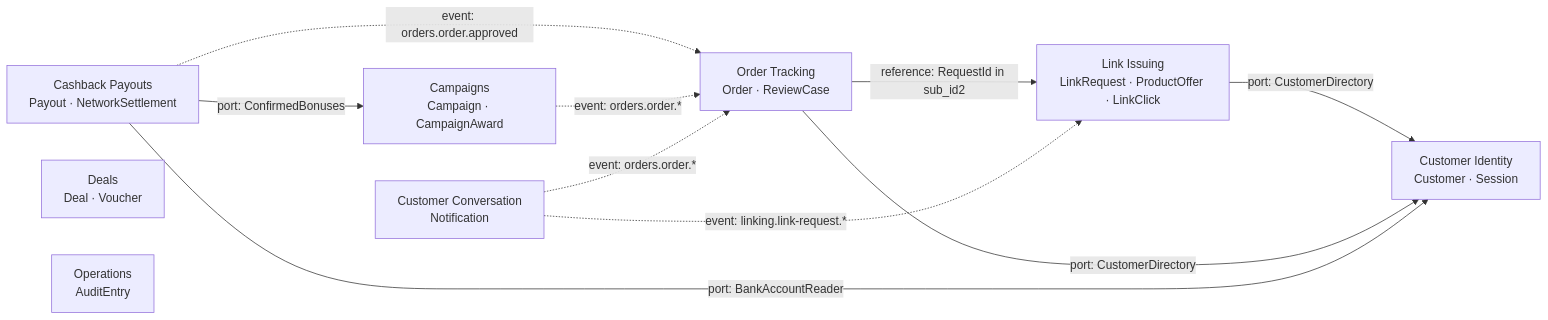
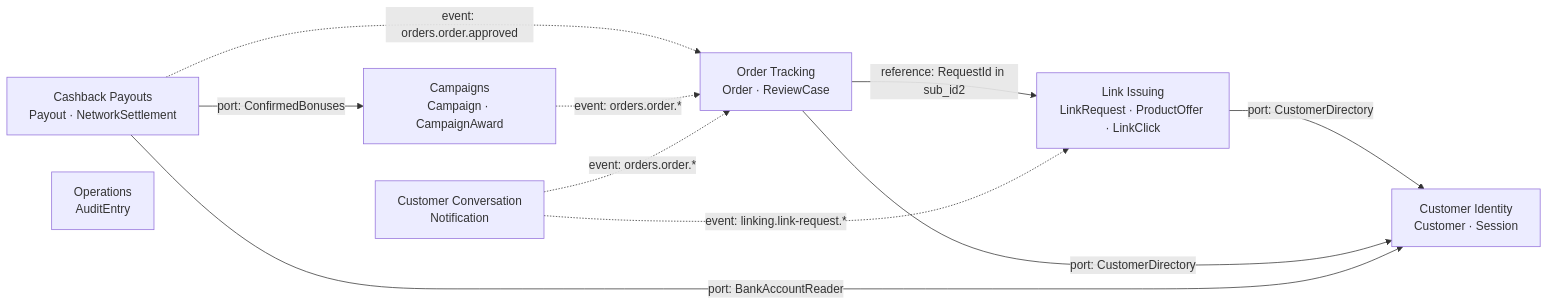
Before and after one commit to Duke0503/shopee-aff: the diagram in docs/domain-viz/context-map.md, drawn with Mermaid. The commit also changed 119 other files, not shown here.

First line of the commit message:
docs(design): UX spines, design skills, status flows and deals removal

````diff
--- a/docs/domain-viz/context-map.md
+++ b/docs/domain-viz/context-map.md
@@ -3,20 +3,19 @@
 ```mermaid
 flowchart LR
     identity["Customer Identity<br/>Customer · Session"]
     linking["Link Issuing<br/>LinkRequest · ProductOffer · LinkClick"]
     orders["Order Tracking<br/>Order · ReviewCase"]
     payouts["Cashback Payouts<br/>Payout · NetworkSettlement"]
     campaigns["Campaigns<br/>Campaign · CampaignAward"]
     messaging["Customer Conversation<br/>Notification"]
-    catalog["Deals<br/>Deal · Voucher"]
     operations["Operations<br/>AuditEntry"]
     linking -->|port: CustomerDirectory| identity
     orders -->|port: CustomerDirectory| identity
     orders -->|reference: RequestId in sub_id2| linking
     payouts -.->|event: orders.order.approved| orders
     payouts -->|port: BankAccountReader| identity
     campaigns -.->|event: orders.order.*| orders
     payouts -->|port: ConfirmedBonuses| campaigns
     messaging -.->|event: orders.order.*| orders
     messaging -.->|event: linking.link-request.*| linking
 ```
````
